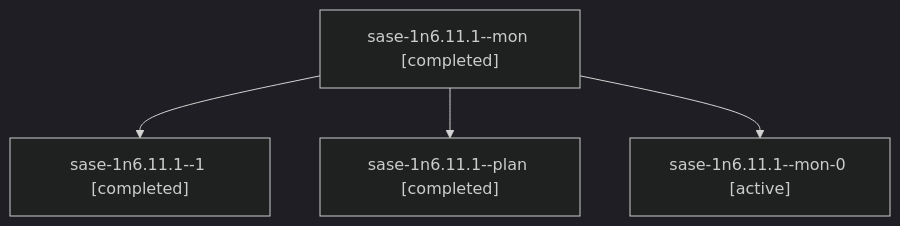
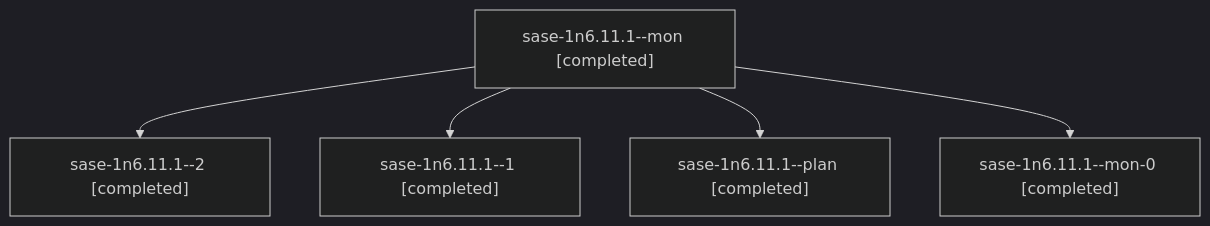
The diagram in sessions/bbugyi200.athena.sase-1n6.11.1.md (sase-org/sase--agents), drawn with Mermaid (dark theme) before and after one commit. The commit also changed other lines of this file and 162 other files, not shown here.

````diff
--- a/sessions/bbugyi200.athena.sase-1n6.11.1.md
+++ b/sessions/bbugyi200.athena.sase-1n6.11.1.md
@@ -9,10 +9,12 @@
 ```mermaid
 flowchart TD
   n0["sase-1n6.11.1--mon [completed]"]
-  n1["sase-1n6.11.1--1 [completed]"]
+  n1["sase-1n6.11.1--2 [completed]"]
   n0 --> n1
-  n2["sase-1n6.11.1--plan [completed]"]
+  n2["sase-1n6.11.1--1 [completed]"]
   n0 --> n2
-  n3["sase-1n6.11.1--mon-0 [active]"]
+  n3["sase-1n6.11.1--plan [completed]"]
   n0 --> n3
+  n4["sase-1n6.11.1--mon-0 [completed]"]
+  n0 --> n4
 ```
````
